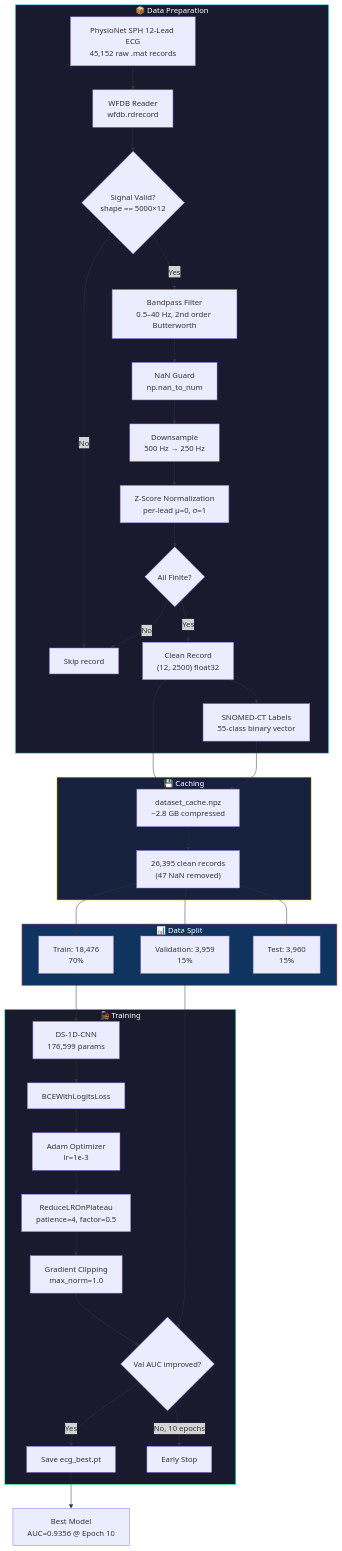
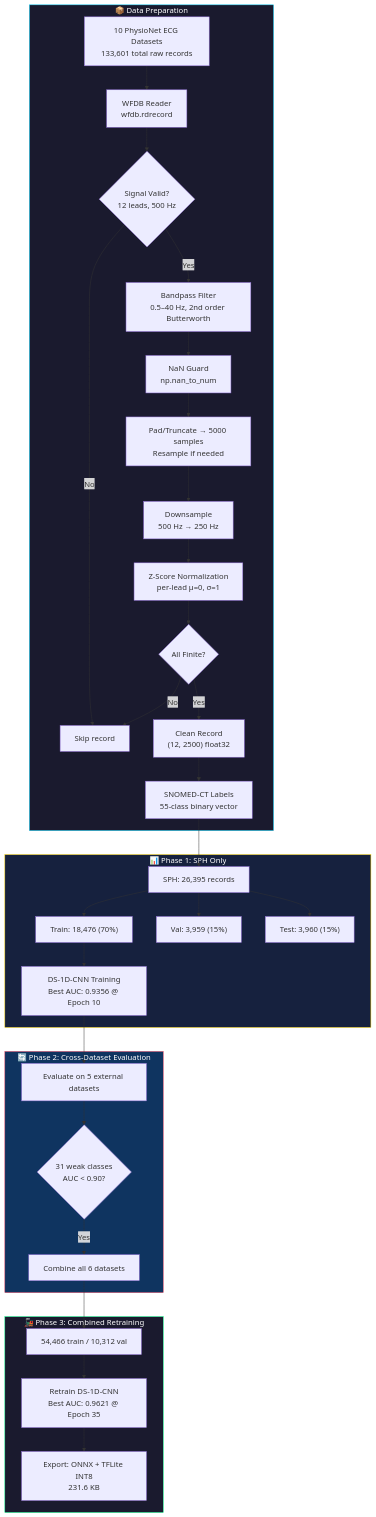
The first of 12 diagrams in docs/model/MODEL_DOCUMENTATION.md (adzetto/hayatin_ritmi), drawn with Mermaid before and after one commit. The commit also changed other lines of this file, not shown here.

First line of the commit message:
Update MODEL_DOCUMENTATION.md with cross-dataset evaluation details

````diff
--- a/docs/model/MODEL_DOCUMENTATION.md
+++ b/docs/model/MODEL_DOCUMENTATION.md
@@ -10,47 +30,42 @@
 ```mermaid
 flowchart TB
     subgraph DATA["📦 Data Preparation"]
-        A[PhysioNet SPH 12-Lead ECG<br/>45,152 raw .mat records] --> B[WFDB Reader<br/>wfdb.rdrecord]
-        B --> C{Signal Valid?<br/>shape == 5000×12}
+        A["10 PhysioNet ECG Datasets<br/>133,601 total raw records"] --> B[WFDB Reader<br/>wfdb.rdrecord]
+        B --> C{Signal Valid?<br/>12 leads, 500 Hz}
         C -- Yes --> D[Bandpass Filter<br/>0.5–40 Hz, 2nd order Butterworth]
         C -- No --> SKIP[Skip record]
         D --> E[NaN Guard<br/>np.nan_to_num]
-        E --> F[Downsample<br/>500 Hz → 250 Hz]
-        F --> G[Z-Score Normalization<br/>per-lead μ=0, σ=1]
-        G --> H{All Finite?}
-        H -- Yes --> I["Clean Record<br/>(12, 2500) float32"]
-        H -- No --> SKIP
-        I --> J[SNOMED-CT Labels<br/>55-class binary vector]
+        E --> F[Pad/Truncate → 5000 samples<br/>Resample if needed]
+        F --> G[Downsample<br/>500 Hz → 250 Hz]
+        G --> H[Z-Score Normalization<br/>per-lead μ=0, σ=1]
+        H --> I{All Finite?}
+        I -- Yes --> J["Clean Record<br/>(12, 2500) float32"]
+        I -- No --> SKIP
+        J --> K["SNOMED-CT Labels<br/>55-class binary vector"]
     end
 
-    subgraph CACHE["💾 Caching"]
-        I --> K[dataset_cache.npz<br/>~2.8 GB compressed]
-        J --> K
-        K --> L["26,395 clean records<br/>(47 NaN removed)"]
+    subgraph PHASE1["📊 Phase 1: SPH Only"]
+        K --> L1["SPH: 26,395 records"]
+        L1 --> M1["Train: 18,476 (70%)"]
+        L1 --> N1["Val: 3,959 (15%)"]
+        L1 --> O1["Test: 3,960 (15%)"]
+        M1 --> P1["DS-1D-CNN Training<br/>Best AUC: 0.9356 @ Epoch 10"]
     end
 
-    subgraph SPLIT["📊 Data Split"]
-        L --> M[Train: 18,476<br/>70%]
-        L --> N[Validation: 3,959<br/>15%]
-        L --> O[Test: 3,960<br/>15%]
+    subgraph PHASE2["🔄 Phase 2: Cross-Dataset Evaluation"]
+        P1 --> Q1["Evaluate on 5 external datasets"]
+        Q1 --> R1{"31 weak classes<br/>AUC < 0.90?"}
+        R1 -- Yes --> S1["Combine all 6 datasets"]
     end
 
-    subgraph TRAIN["🚂 Training"]
-        M --> P[DS-1D-CNN<br/>176,599 params]
-        P --> Q[BCEWithLogitsLoss]
-        Q --> R[Adam Optimizer<br/>lr=1e-3]
-        R --> S[ReduceLROnPlateau<br/>patience=4, factor=0.5]
-        S --> T[Gradient Clipping<br/>max_norm=1.0]
-        T --> U{Val AUC improved?}
-        U -- Yes --> V[Save ecg_best.pt]
-        U -- No, 10 epochs --> W[Early Stop]
+    subgraph PHASE3["🚂 Phase 3: Combined Retraining"]
+        S1 --> T1["54,466 train / 10,312 val"]
+        T1 --> U1["Retrain DS-1D-CNN<br/>Best AUC: 0.9621 @ Epoch 35"]
+        U1 --> V1["Export: ONNX + TFLite INT8<br/>231.6 KB"]
     end
 
-    N --> U
-    V --> X[Best Model<br/>AUC=0.9356 @ Epoch 10]
-
     style DATA fill:#1a1a2e,stroke:#00d4ff,color:#fff
-    style CACHE fill:#16213e,stroke:#ffd700,color:#fff
-    style SPLIT fill:#0f3460,stroke:#e94560,color:#fff
-    style TRAIN fill:#1a1a2e,stroke:#00ff88,color:#fff
+    style PHASE1 fill:#16213e,stroke:#ffd700,color:#fff
+    style PHASE2 fill:#0f3460,stroke:#e94560,color:#fff
+    style PHASE3 fill:#1a1a2e,stroke:#00ff88,color:#fff
 ```
````
